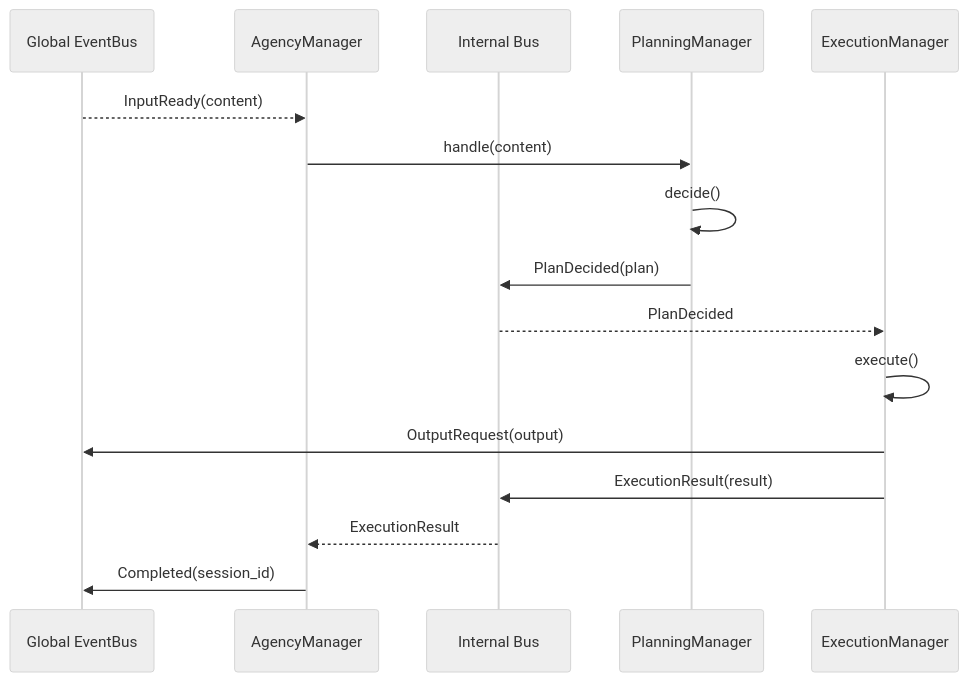
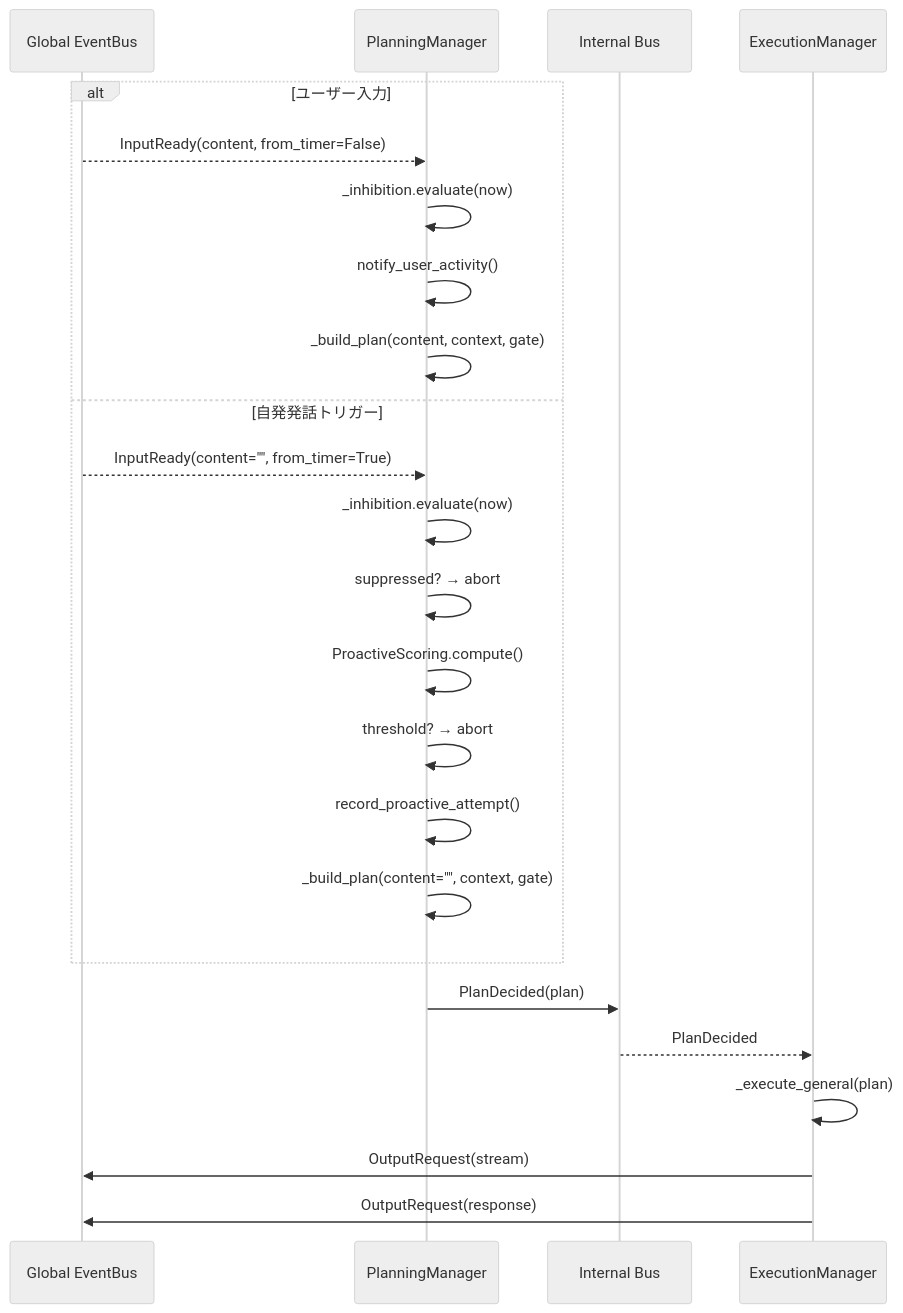
The first of 3 diagrams in docs/agency-layer.md (ibukani/iris-mind), drawn with Mermaid (neutral theme) before and after one commit. The commit also changed other lines of this file and 3 other files, not shown here.

````diff
--- a/docs/agency-layer.md
+++ b/docs/agency-layer.md
@@ -53,22 +39,29 @@
 ```mermaid
 sequenceDiagram
     participant EB as Global EventBus
-    participant MGR as AgencyManager
+    participant PL as PlanningManager
     participant IB as Internal Bus
-    participant PL as PlanningManager
     participant EX as ExecutionManager
 
-    EB-->>MGR: InputReady(content)
-    MGR->>PL: handle(content)
+    alt ユーザー入力
+        EB-->>PL: InputReady(content, from_timer=False)
+        PL->>PL: _inhibition.evaluate(now)
+        PL->>PL: notify_user_activity()
+        PL->>PL: _build_plan(content, context, gate)
+    else 自発発話トリガー
+        EB-->>PL: InputReady(content="", from_timer=True)
+        PL->>PL: _inhibition.evaluate(now)
+        PL->>PL: suppressed? → abort
+        PL->>PL: ProactiveScoring.compute()
+        PL->>PL: threshold? → abort
+        PL->>PL: record_proactive_attempt()
+        PL->>PL: _build_plan(content="", context, gate)
+    end
 
-    PL->>PL: decide()
     PL->>IB: PlanDecided(plan)
     IB-->>EX: PlanDecided
 
-    EX->>EX: execute()
-    EX->>EB: OutputRequest(output)
-    EX->>IB: ExecutionResult(result)
-    IB-->>MGR: ExecutionResult
-
-    MGR->>EB: Completed(session_id)
+    EX->>EX: _execute_general(plan)  # action分岐なし
+    EX->>EB: OutputRequest(stream)
+    EX->>EB: OutputRequest(response)
 ```
````
